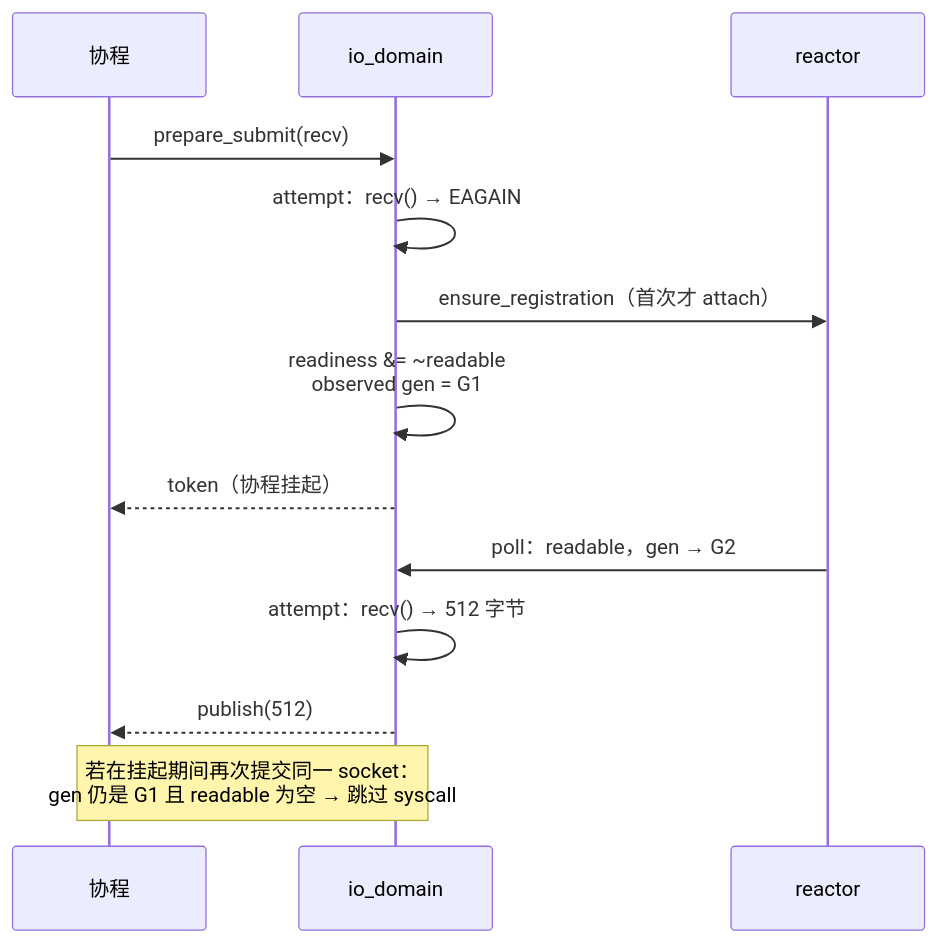
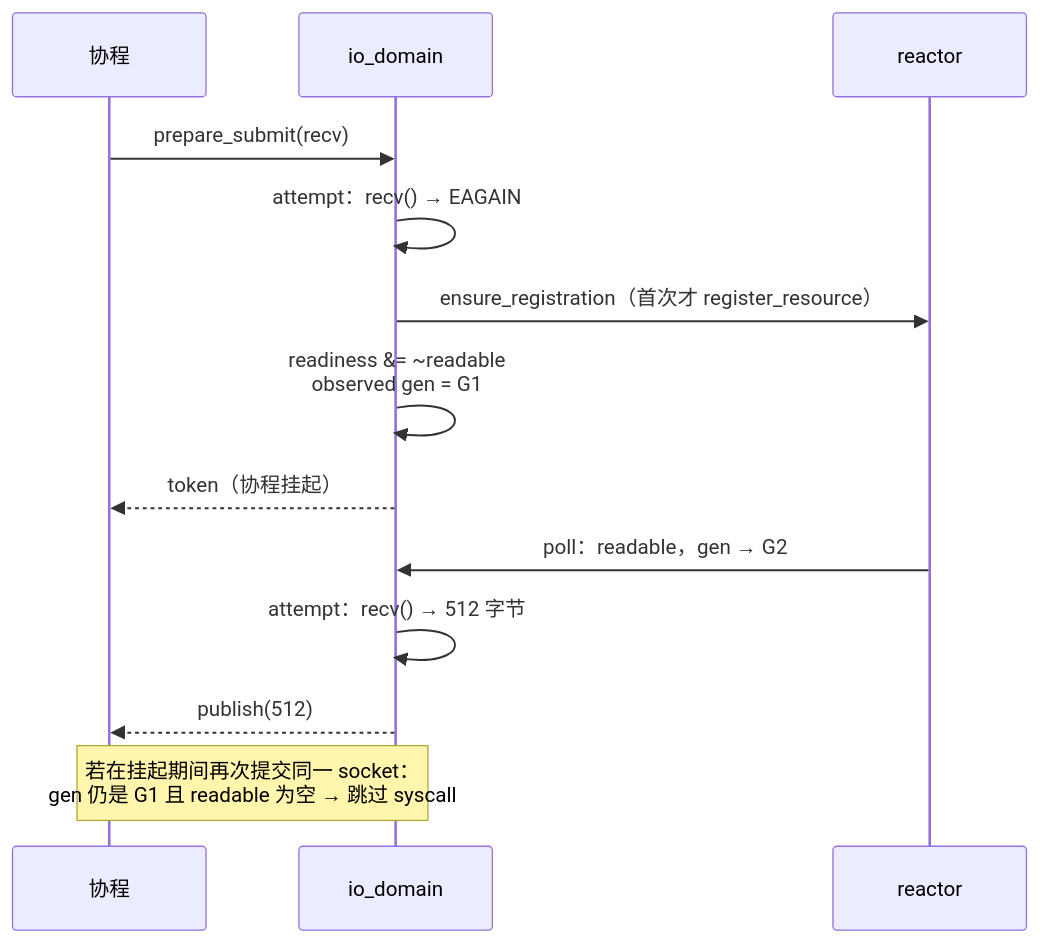
Before and after one commit to superlxh02/faio: diagram 16 of 19 in docs/异步IO.md, drawn with Mermaid. The commit also changed other lines of this file and 24 other files, not shown here.

````diff
--- a/docs/异步IO.md
+++ b/docs/异步IO.md
@@ -3755,15 +3762,15 @@
 ```mermaid
 sequenceDiagram
     participant C as 协程
     participant D as io_domain
     participant R as reactor
     C->>D: prepare_submit(recv)
     D->>D: attempt：recv() → EAGAIN
-    D->>R: ensure_registration（首次才 attach）
+    D->>R: ensure_registration（首次才 register_resource）
     D->>D: readiness &= ~readable<br/>observed gen = G1
     D-->>C: token（协程挂起）
     R->>D: poll：readable，gen → G2
     D->>D: attempt：recv() → 512 字节
     D-->>C: publish(512)
     Note over C,D: 若在挂起期间再次提交同一 socket：<br/>gen 仍是 G1 且 readable 为空 → 跳过 syscall
 ```
````
